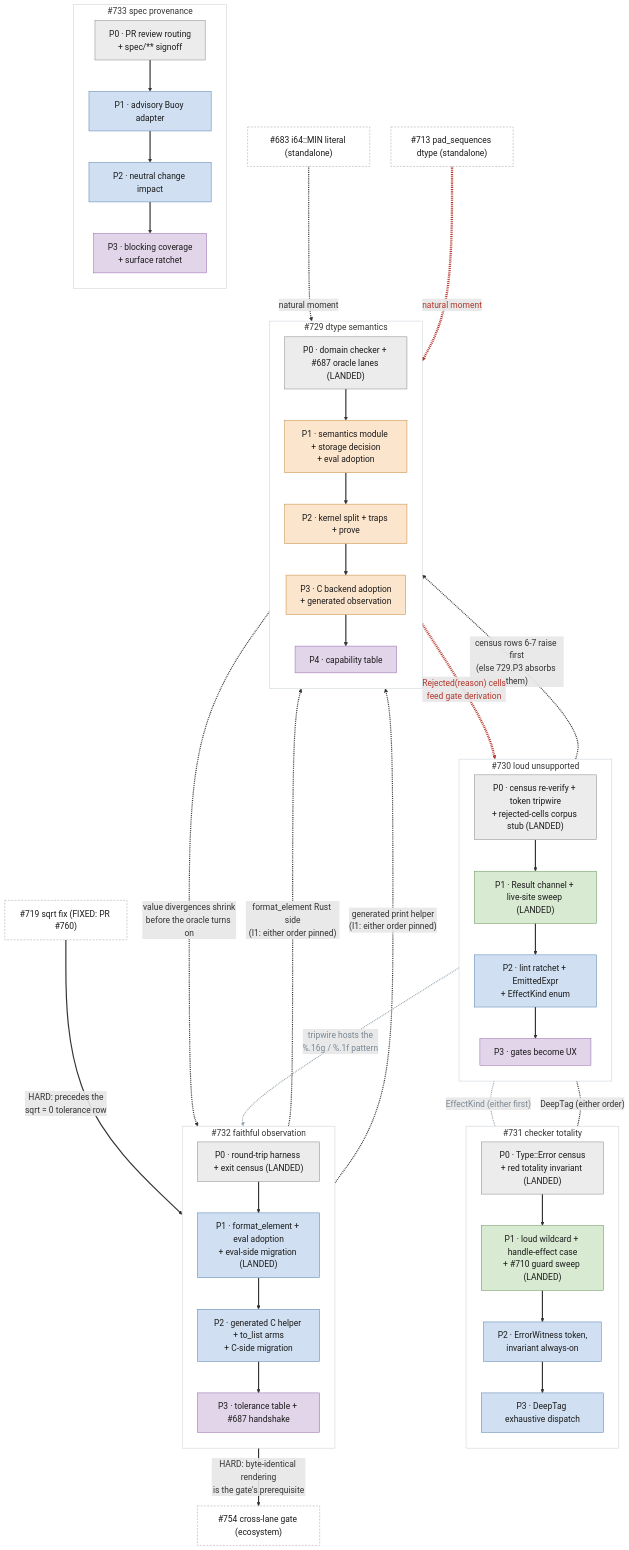
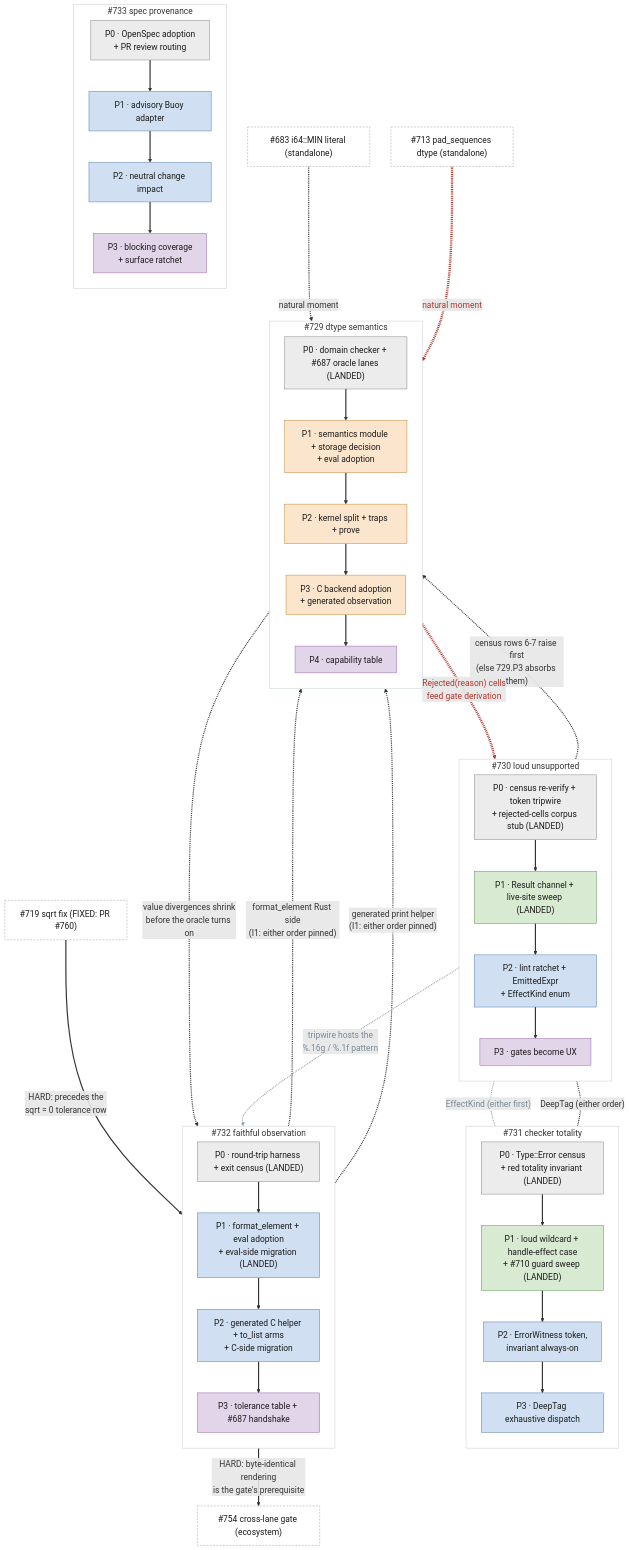
The diagram in spec/design/remediation_roadmap.md (Chelis-Lang/chelis), drawn with Mermaid before and after one commit. The commit also changed other lines of this file and 2 other files, not shown here.

Commit message:
docs(spec): define immediate OpenSpec adoption

```diff
--- a/spec/design/remediation_roadmap.md
+++ b/spec/design/remediation_roadmap.md
@@ -129,7 +129,7 @@
 
   subgraph S733["#733 spec provenance"]
     direction TB
-    n733p0["P0 · PR review routing<br/>+ spec/** signoff"]:::w0
+    n733p0["P0 · OpenSpec adoption<br/>+ PR review routing"]:::w0
     n733p1["P1 · advisory Buoy adapter"]:::w2
     n733p2["P2 · neutral change impact"]:::w2
     n733p3["P3 · blocking coverage<br/>+ surface ratchet"]:::w4
```
